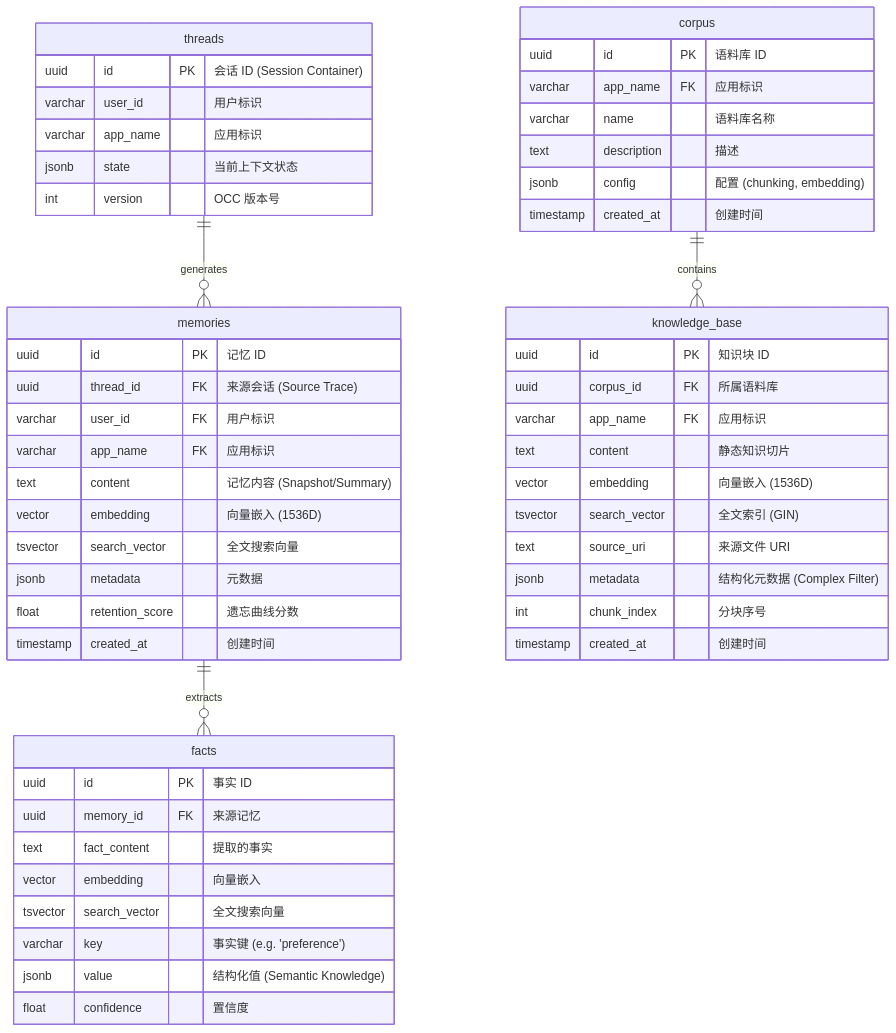
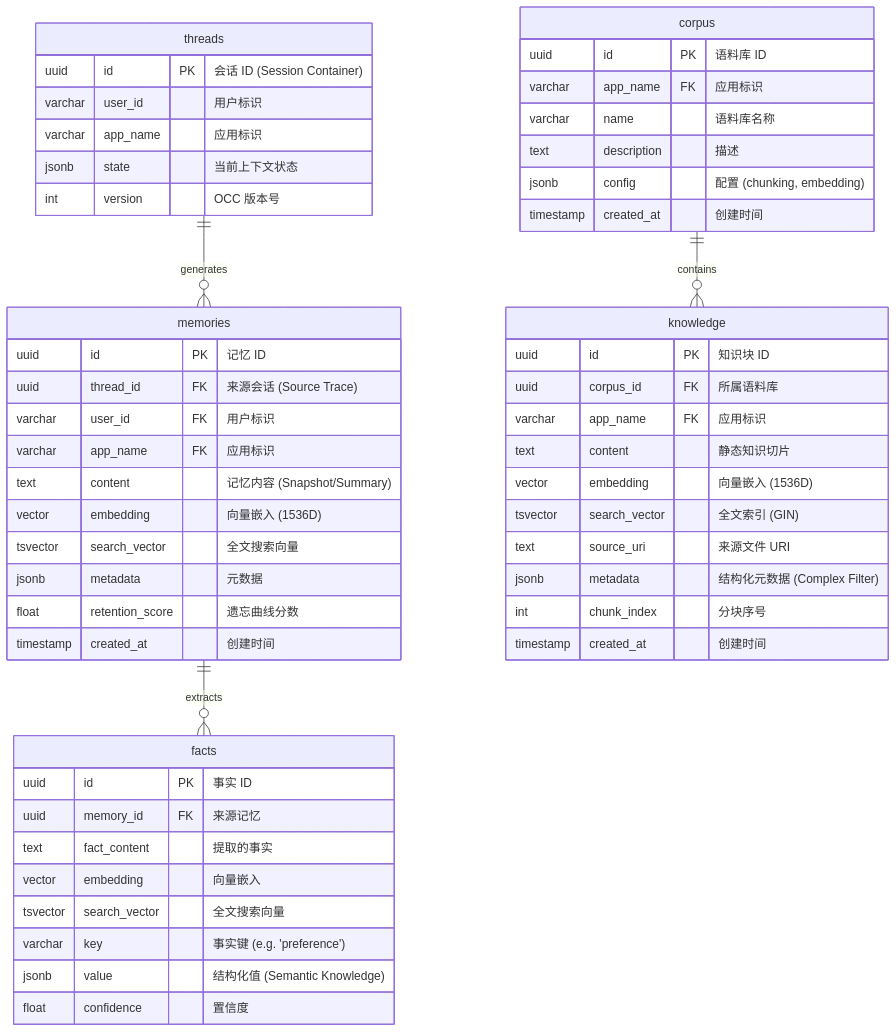
The fourth of 11 diagrams in docs/engine/030-the-perception.md (ThreeFish-AI/agentic-ai-cognizes), drawn with Mermaid before and after one commit. The commit also changed other lines of this file, not shown here.

First line of the commit message:
refactor(perception): 重命名 knowledge_base 表为 knowledge;

````diff
--- a/docs/engine/030-the-perception.md
+++ b/docs/engine/030-the-perception.md
@@ -326,63 +326,63 @@
 ```mermaid
 erDiagram
     %% 1. Dynamic Memory Stream (动态记忆流)
     threads ||--o{ memories : "generates"
     memories ||--o{ facts : "extracts"
 
     threads {
         uuid id PK "会话 ID (Session Container)"
         varchar user_id "用户标识"
         varchar app_name "应用标识"
         jsonb state "当前上下文状态"
         int version "OCC 版本号"
     }
 
     memories {
         uuid id PK "记忆 ID"
         uuid thread_id FK "来源会话 (Source Trace)"
         varchar user_id FK "用户标识"
         varchar app_name FK "应用标识"
         text content "记忆内容 (Snapshot/Summary)"
         vector embedding "向量嵌入 (1536D)"
         tsvector search_vector "全文搜索向量"
         jsonb metadata "元数据"
         float retention_score "遗忘曲线分数"
         timestamp created_at "创建时间"
     }
 
     facts {
         uuid id PK "事实 ID"
         uuid memory_id FK "来源记忆"
         text fact_content "提取的事实"
         vector embedding "向量嵌入"
         tsvector search_vector "全文搜索向量"
         varchar key "事实键 (e.g. 'preference')"
         jsonb value "结构化值 (Semantic Knowledge)"
         float confidence "置信度"
     }
 
     %% 2. Static Knowledge Base (静态知识库)
-    corpus ||--o{ knowledge_base : "contains"
+    corpus ||--o{ knowledge : "contains"
 
     corpus {
         uuid id PK "语料库 ID"
         varchar app_name FK "应用标识"
         varchar name "语料库名称"
         text description "描述"
         jsonb config "配置 (chunking, embedding)"
         timestamp created_at "创建时间"
     }
 
-    knowledge_base {
+    knowledge {
         uuid id PK "知识块 ID"
         uuid corpus_id FK "所属语料库"
         varchar app_name FK "应用标识"
         text content "静态知识切片"
         vector embedding "向量嵌入 (1536D)"
         tsvector search_vector "全文索引 (GIN)"
         text source_uri "来源文件 URI"
         jsonb metadata "结构化元数据 (Complex Filter)"
         int chunk_index "分块序号"
         timestamp created_at "创建时间"
     }
 ```
````
